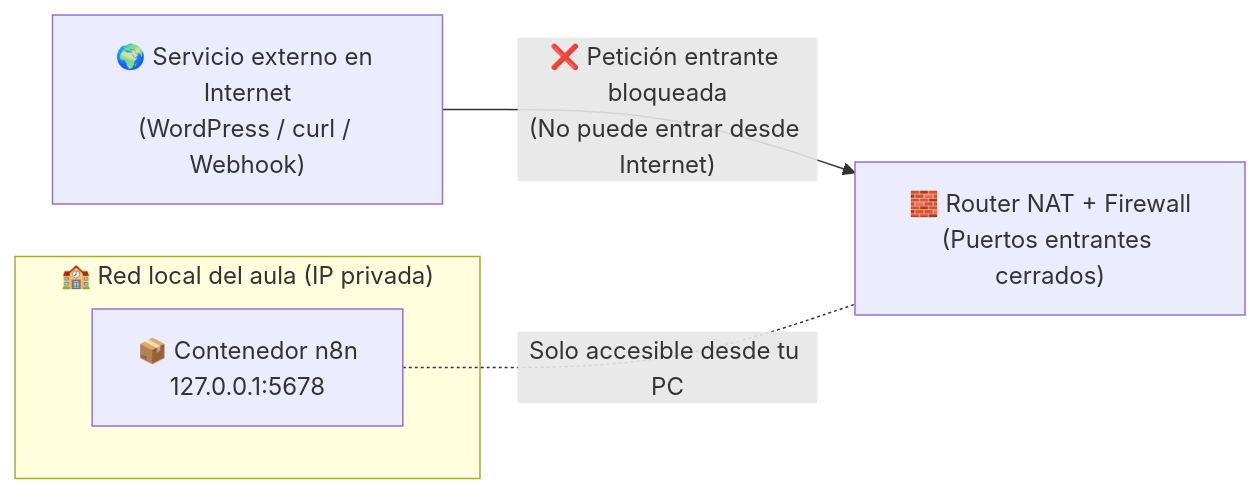
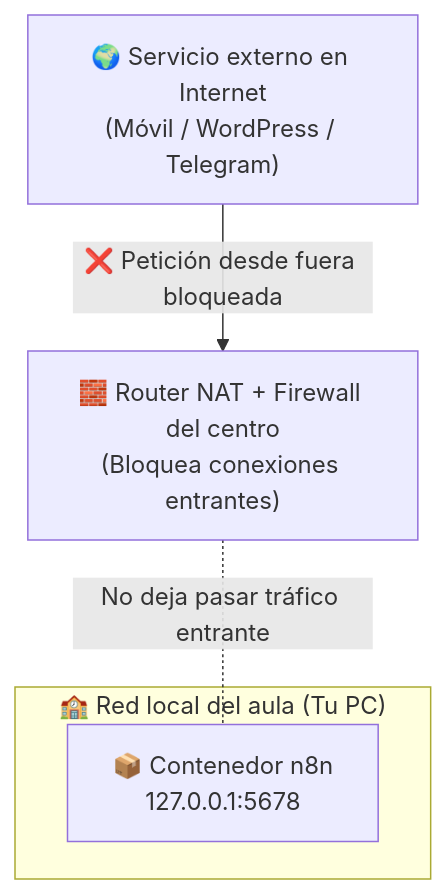
The third of 4 diagrams in asignaturas/psirii/docker/actividad1/index.md (Dellos7/informatica-eso-bat), drawn with Mermaid before and after one commit. The commit also changed other lines of this file, not shown here.

````diff
--- a/asignaturas/psirii/docker/actividad1/index.md
+++ b/asignaturas/psirii/docker/actividad1/index.md
@@ -74,11 +259,11 @@
 ```mermaid
-flowchart LR
-    subgraph Aula["🏫 Red local del aula (IP privada)"]
+flowchart TD
+    EXT1["🌍 Servicio externo en Internet<br/>(Móvil / WordPress / Telegram)"]
+    FW1["🧱 Router NAT + Firewall del centro<br/>(Bloquea conexiones entrantes)"]
+    subgraph Aula["🏫 Red local del aula (Tu PC)"]
         N8N1["📦 Contenedor n8n<br/>127.0.0.1:5678"]
     end
-    FW1["🧱 Router NAT + Firewall<br/>(Puertos entrantes cerrados)"]
-    EXT1["🌍 Servicio externo en Internet<br/>(WordPress / curl / Webhook)"]
 
-    EXT1 -- "❌ Petición entrante bloqueada<br/>(No puede entrar desde Internet)" --> FW1
-    N8N1 -. "Solo accesible desde tu PC" .- FW1
+    EXT1 -- "❌ Petición desde fuera bloqueada" --> FW1
+    FW1 -. "No deja pasar tráfico entrante" .- N8N1
 ```
````
